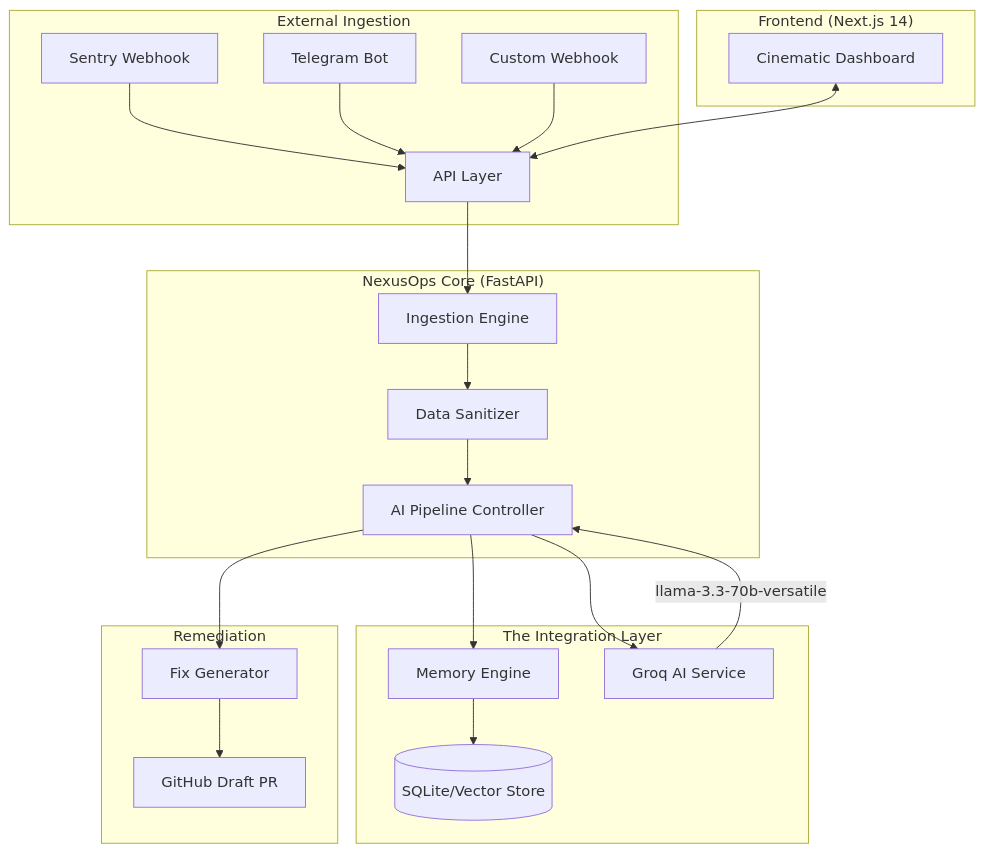
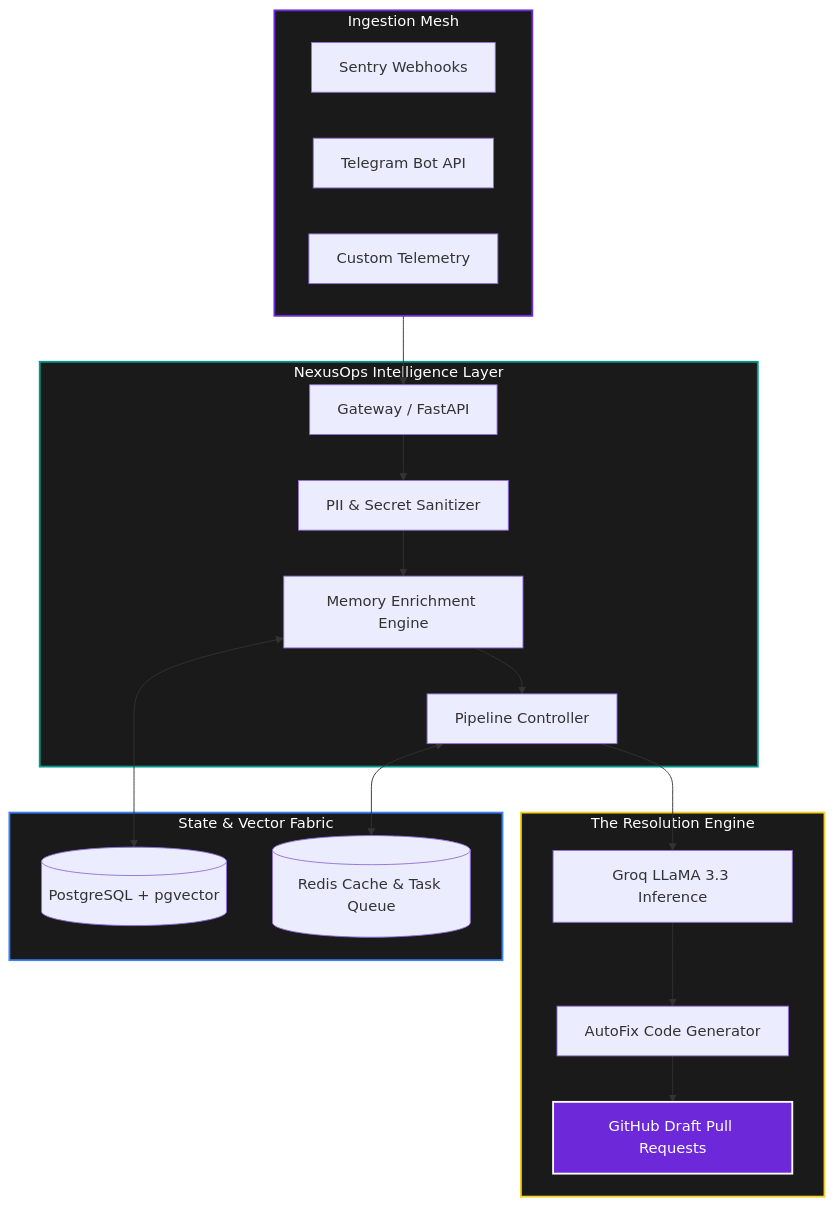
One commit to soumyachk101/NexusOps-2.0 changed the diagram in README.md. Above: the diagram before and after it, drawn with Mermaid. The commit also changed other lines of this file, not shown here.

````diff
--- a/README.md
+++ b/README.md
@@ -16,30 +25,48 @@
 ```mermaid
 graph TD
-    subgraph "External Ingestion"
-        Sentry[Sentry Webhook] --> API
-        Telegram[Telegram Bot] --> API
-        Custom[Custom Webhook] --> API
+    %% Source Ingestion
+    subgraph IngestionMesh ["Ingestion Mesh"]
+        Sentry[Sentry Webhooks]
+        Telegram[Telegram Bot API]
+        Custom[Custom Telemetry]
     end
 
-    subgraph "NexusOps Core (FastAPI)"
-        API[API Layer] --> Ingest[Ingestion Engine]
-        Ingest --> Sanitize[Data Sanitizer]
-        Sanitize --> Pipeline[AI Pipeline Controller]
+    %% Core Processing
+    subgraph Core ["NexusOps Intelligence Layer"]
+        API[Gateway / FastAPI]
+        Sanitizer[PII & Secret Sanitizer]
+        MemoryEngine[Memory Enrichment Engine]
+        Controller[Pipeline Controller]
     end
 
-    subgraph "The Integration Layer"
-        Pipeline --> Memory[Memory Engine]
-        Memory --> VectorDB[(SQLite/Vector Store)]
-        Pipeline --> Groq[Groq AI Service]
-        Groq -- llama-3.3-70b-versatile --> Pipeline
+    %% Data Stores
+    subgraph Storage ["State & Vector Fabric"]
+        DB[(PostgreSQL + pgvector)]
+        Redis[(Redis Cache & Task Queue)]
     end
 
-    subgraph "Remediation"
-        Pipeline --> FixGen[Fix Generator]
-        FixGen --> PR[GitHub Draft PR]
+    %% AI & Remediation
+    subgraph AI ["The Resolution Engine"]
+        Groq[Groq LLaMA 3.3 Inference]
+        FixGen[AutoFix Code Generator]
+        PR[GitHub Draft Pull Requests]
     end
 
-    subgraph "Frontend (Next.js 14)"
-        UI[Cinematic Dashboard] <--> API
-    end
+    %% Connections
+    IngestionMesh --> API
+    API --> Sanitizer
+    Sanitizer --> MemoryEngine
+    MemoryEngine <--> DB
+    MemoryEngine --> Controller
+    Controller <--> Redis
+    Controller --> Groq
+    Groq --> FixGen
+    FixGen --> PR
+
+    %% Styling
+    style IngestionMesh fill:#1a1a1a,stroke:#6D28D9,stroke-width:2px,color:#fff
+    style Core fill:#1a1a1a,stroke:#05998B,stroke-width:2px,color:#fff
+    style Storage fill:#1a1a1a,stroke:#3b82f6,stroke-width:2px,color:#fff
+    style AI fill:#1a1a1a,stroke:#f3d122,stroke-width:2px,color:#fff
+    style PR fill:#6D28D9,stroke:#fff,stroke-width:2px,color:#fff
 ```
````
